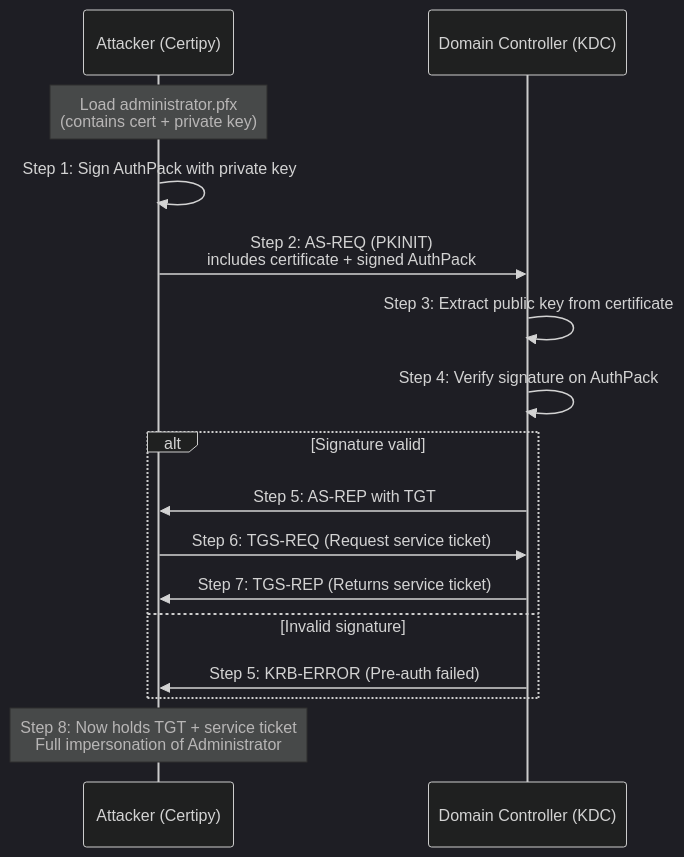
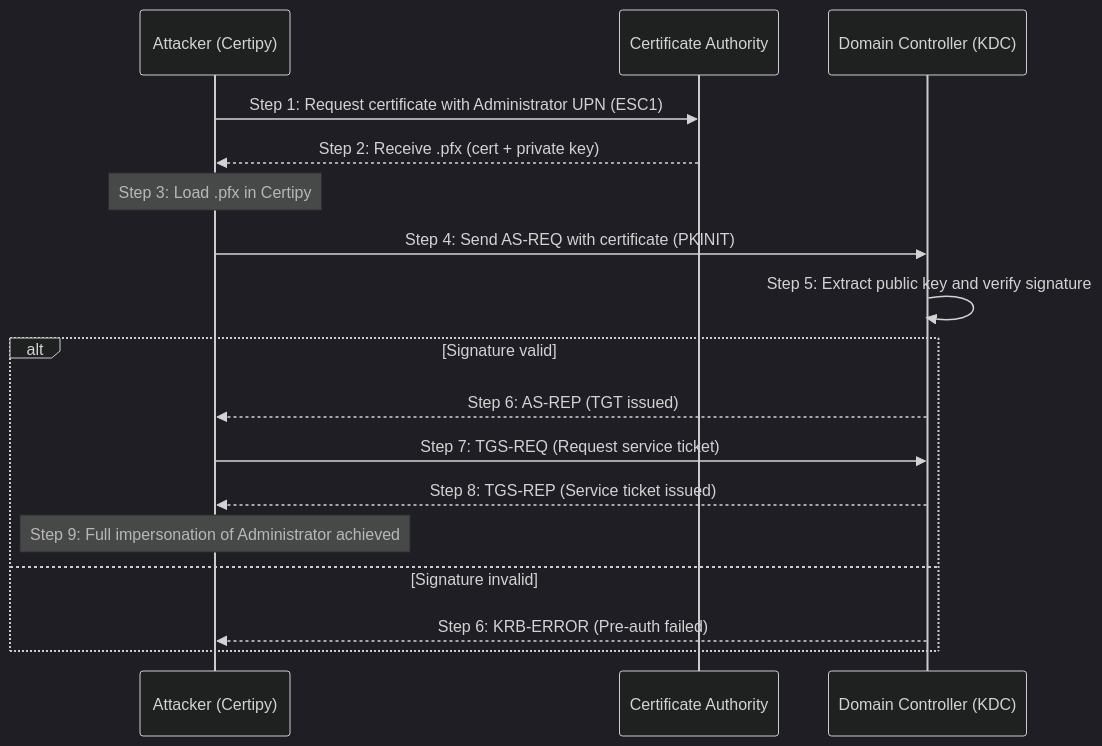
The second of 2 diagrams in Windows/Active directory/Attacks/ADCS/AD CS overview.md (0xPix3l/obsidian), drawn with Mermaid (dark theme) before and after one commit. The commit also changed other lines of this file and 1 other file, not shown here.

````diff
--- a/Windows/Active directory/Attacks/ADCS/AD CS overview.md
+++ b/Windows/Active directory/Attacks/ADCS/AD CS overview.md
@@ -15,24 +46,27 @@
 ```mermaid |
-  sequenceDiagram
+sequenceDiagram
     participant Attacker as Attacker (Certipy)
+    participant CA as Certificate Authority
     participant KDC as Domain Controller (KDC)
 
-    Note over Attacker: Load administrator.pfx<br/>(contains cert + private key)
+    %% Certificate request phase
+    Attacker->>CA: Step 1: Request certificate with Administrator UPN (ESC1)
+    CA-->>Attacker: Step 2: Receive .pfx (cert + private key)
 
-    Attacker->>Attacker: Step 1: Sign AuthPack with private key
-    Attacker->>KDC: Step 2: AS-REQ (PKINIT)<br/>includes certificate + signed AuthPack
+    %% Authentication using cert
+    Note over Attacker: Step 3: Load .pfx in Certipy
 
-    KDC->>KDC: Step 3: Extract public key from certificate
-    KDC->>KDC: Step 4: Verify signature on AuthPack
+    Attacker->>KDC: Step 4: Send AS-REQ with certificate (PKINIT)
+
+    KDC->>KDC: Step 5: Extract public key and verify signature
 
     alt Signature valid
-        KDC->>Attacker: Step 5: AS-REP with TGT
-        Attacker->>KDC: Step 6: TGS-REQ (Request service ticket)
-        KDC->>Attacker: Step 7: TGS-REP (Returns service ticket)
-    else Invalid signature
-        KDC->>Attacker: Step 5: KRB-ERROR (Pre-auth failed)
+        KDC-->>Attacker: Step 6: AS-REP (TGT issued)
+        Attacker->>KDC: Step 7: TGS-REQ (Request service ticket)
+        KDC-->>Attacker: Step 8: TGS-REP (Service ticket issued)
+        Note over Attacker: Step 9: Full impersonation of Administrator achieved
+    else Signature invalid
+        KDC-->>Attacker: Step 6: KRB-ERROR (Pre-auth failed)
     end
 
-    Note over Attacker: Step 8: Now holds TGT + service ticket<br/>Full impersonation of Administrator
-
 ```
````
